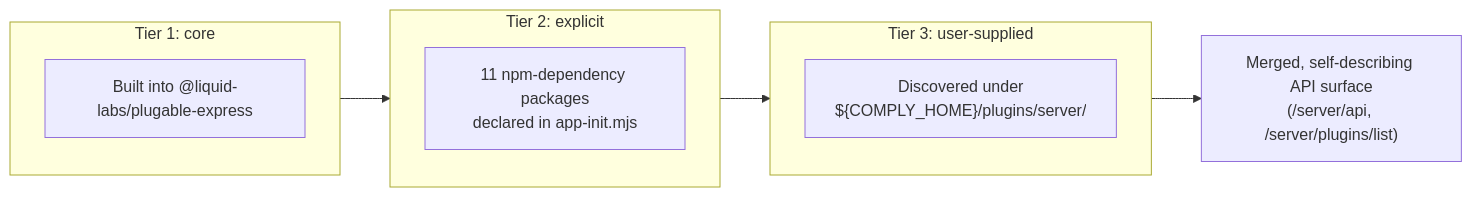
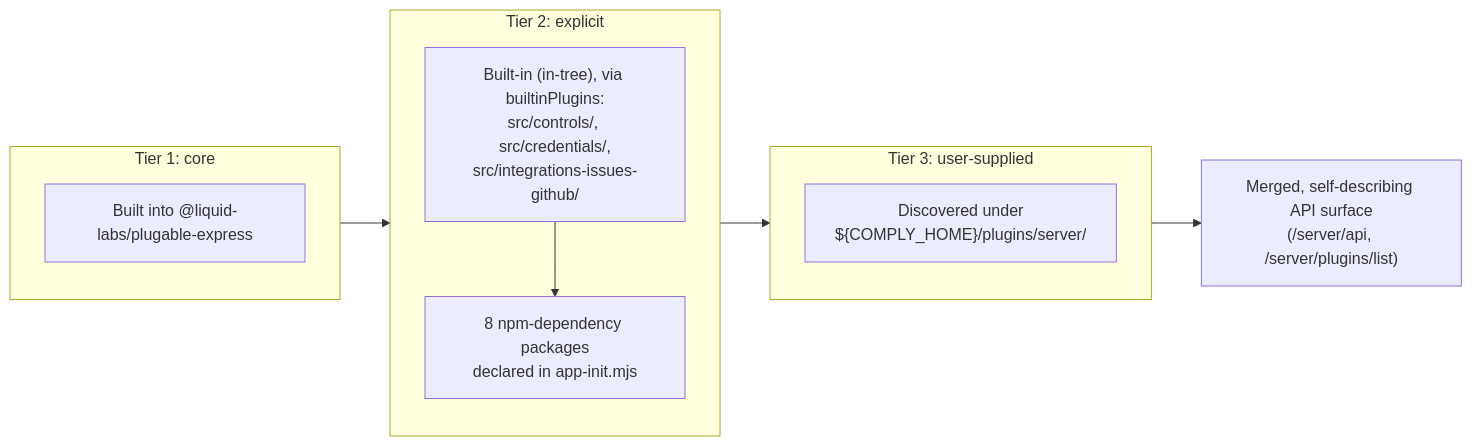
Before and after one commit to sdlcforge/core-server: the diagram in docs/architecture/plugin-loading-tiers.md, drawn with Mermaid. The commit also changed other lines of this file and 8 other files, not shown here.

First line of the commit message:
docs: update architecture and spec docs for in-tree builtin-plugin tier

````diff
--- a/docs/architecture/plugin-loading-tiers.md
+++ b/docs/architecture/plugin-loading-tiers.md
@@ -22,16 +22,18 @@
 ```mermaid
 flowchart LR
     subgraph T1["Tier 1: core"]
         direction TB
         A["Built into @liquid-labs/plugable-express"]
     end
     subgraph T2["Tier 2: explicit"]
         direction TB
-        B["11 npm-dependency packages<br/>declared in app-init.mjs"]
+        BI["Built-in (in-tree), via builtinPlugins:<br/>src/controls/, src/credentials/,<br/>src/integrations-issues-github/"]
+        B["8 npm-dependency packages<br/>declared in app-init.mjs"]
+        BI --> B
     end
     subgraph T3["Tier 3: user-supplied"]
         direction TB
         C["Discovered under<br/>${COMPLY_HOME}/plugins/server/"]
     end
     T1 --> T2 --> T3 --> API["Merged, self-describing API surface<br/>(/server/api, /server/plugins/list)"]
 ```
````
